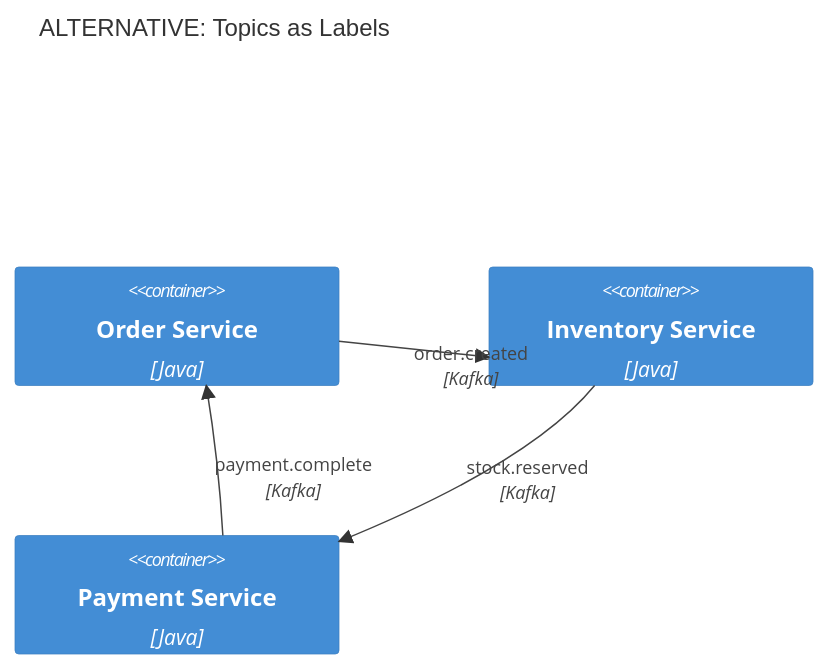
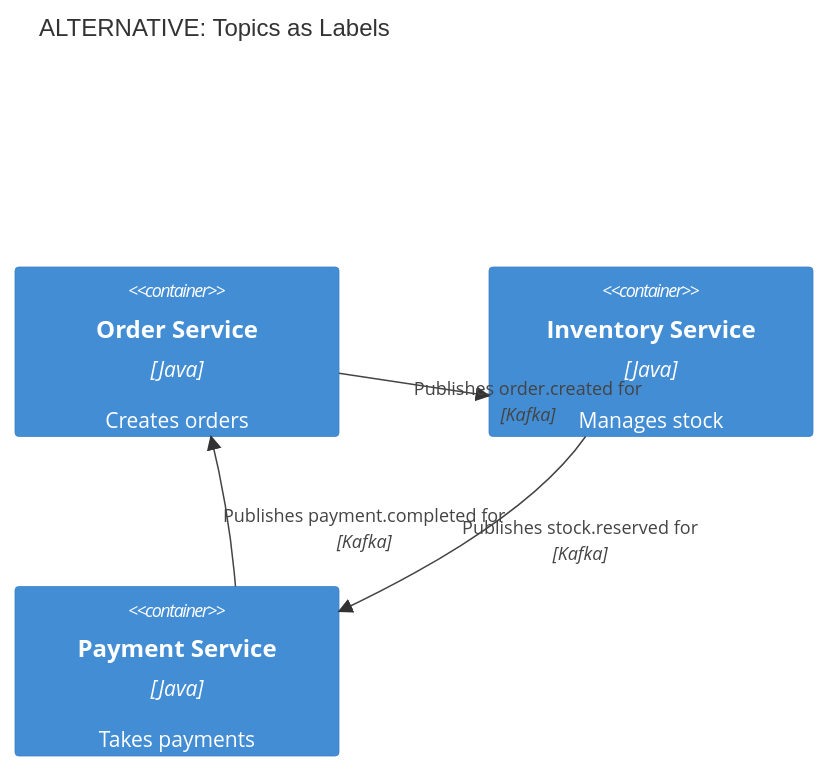
Before and after one commit to castocolina/agent-toolkit: the seventh of 10 diagrams in dist/plugins/c4-architecture/skills/c4-architecture/references/common-mistakes.md, drawn with Mermaid. The commit also changed other lines of this file and 1013 other files, not shown here.

````diff
--- a/dist/plugins/c4-architecture/skills/c4-architecture/references/common-mistakes.md
+++ b/dist/plugins/c4-architecture/skills/c4-architecture/references/common-mistakes.md
@@ -155,12 +94,10 @@
 ```mermaid
 C4Container
   title ALTERNATIVE: Topics as Labels
-
-  Container(orderSvc, "Order Service", "Java")
-  Container(inventorySvc, "Inventory Service", "Java")
-  Container(paymentSvc, "Payment Service", "Java")
-
-  Rel(orderSvc, inventorySvc, "order.created", "Kafka")
-  Rel(inventorySvc, paymentSvc, "stock.reserved", "Kafka")
-  Rel(paymentSvc, orderSvc, "payment.complete", "Kafka")
+  Container(orderSvc, "Order Service", "Java", "Creates orders")
+  Container(inventorySvc, "Inventory Service", "Java", "Manages stock")
+  Container(paymentSvc, "Payment Service", "Java", "Takes payments")
+  Rel(orderSvc, inventorySvc, "Publishes order.created for", "Kafka")
+  Rel(inventorySvc, paymentSvc, "Publishes stock.reserved for", "Kafka")
+  Rel(paymentSvc, orderSvc, "Publishes payment.completed for", "Kafka")
 ```
````
